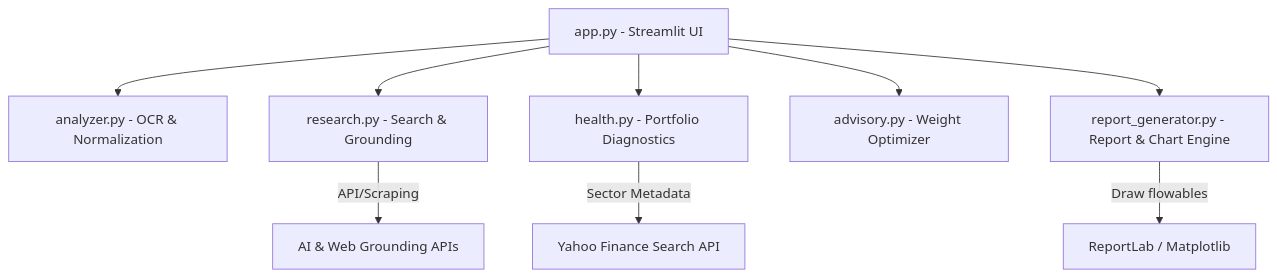
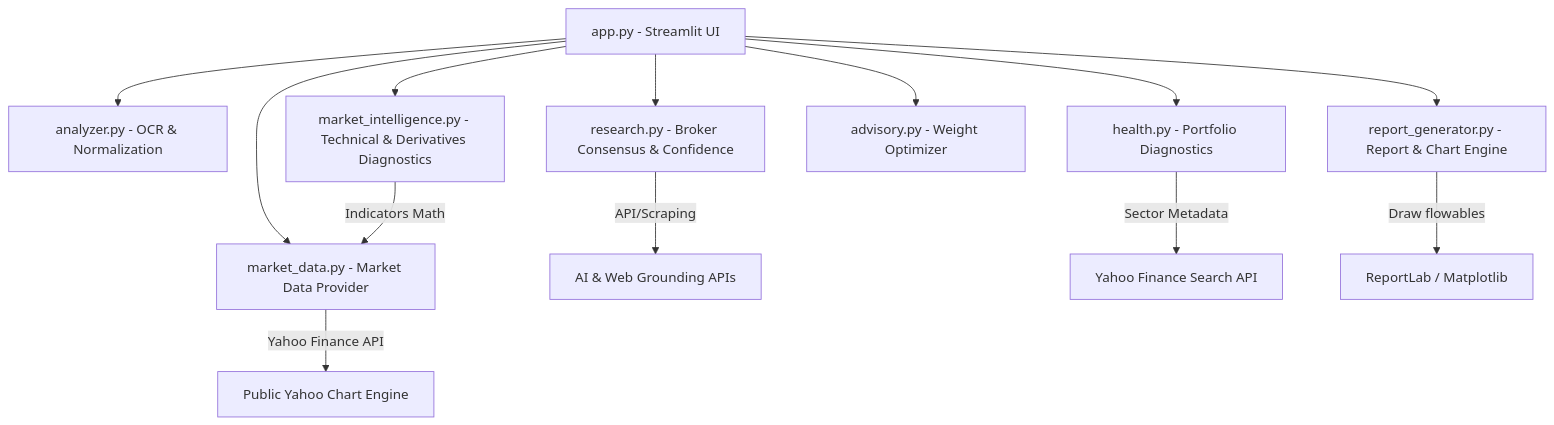
One commit to madhurrawtani/Portfolio-Intelligence-Platform changed the diagram in PROJECT_STATE.md. Above: the diagram before and after it, drawn with Mermaid. The commit also changed other lines of this file and 4 other files, not shown here.

````diff
--- a/PROJECT_STATE.md
+++ b/PROJECT_STATE.md
@@ -11,12 +11,16 @@
 ```mermaid
 graph TD
     A[app.py - Streamlit UI] --> B[analyzer.py - OCR & Normalization]
-    A --> C[research.py - Search & Grounding]
-    A --> D[health.py - Portfolio Diagnostics]
-    A --> E[advisory.py - Weight Optimizer]
-    A --> F[report_generator.py - Report & Chart Engine]
+    A --> C[research.py - Broker Consensus & Confidence]
+    A --> D[market_data.py - Market Data Provider]
+    A --> E[market_intelligence.py - Technical & Derivatives Diagnostics]
+    A --> F[health.py - Portfolio Diagnostics]
+    A --> G[advisory.py - Weight Optimizer]
+    A --> H[report_generator.py - Report & Chart Engine]
     
-    C -->|API/Scraping| G[AI & Web Grounding APIs]
-    D -->|Sector Metadata| H[Yahoo Finance Search API]
-    F -->|Draw flowables| I[ReportLab / Matplotlib]
+    C -->|API/Scraping| I[AI & Web Grounding APIs]
+    D -->|Yahoo Finance API| J[Public Yahoo Chart Engine]
+    E -->|Indicators Math| D
+    F -->|Sector Metadata| K[Yahoo Finance Search API]
+    H -->|Draw flowables| L[ReportLab / Matplotlib]
 ```
````
